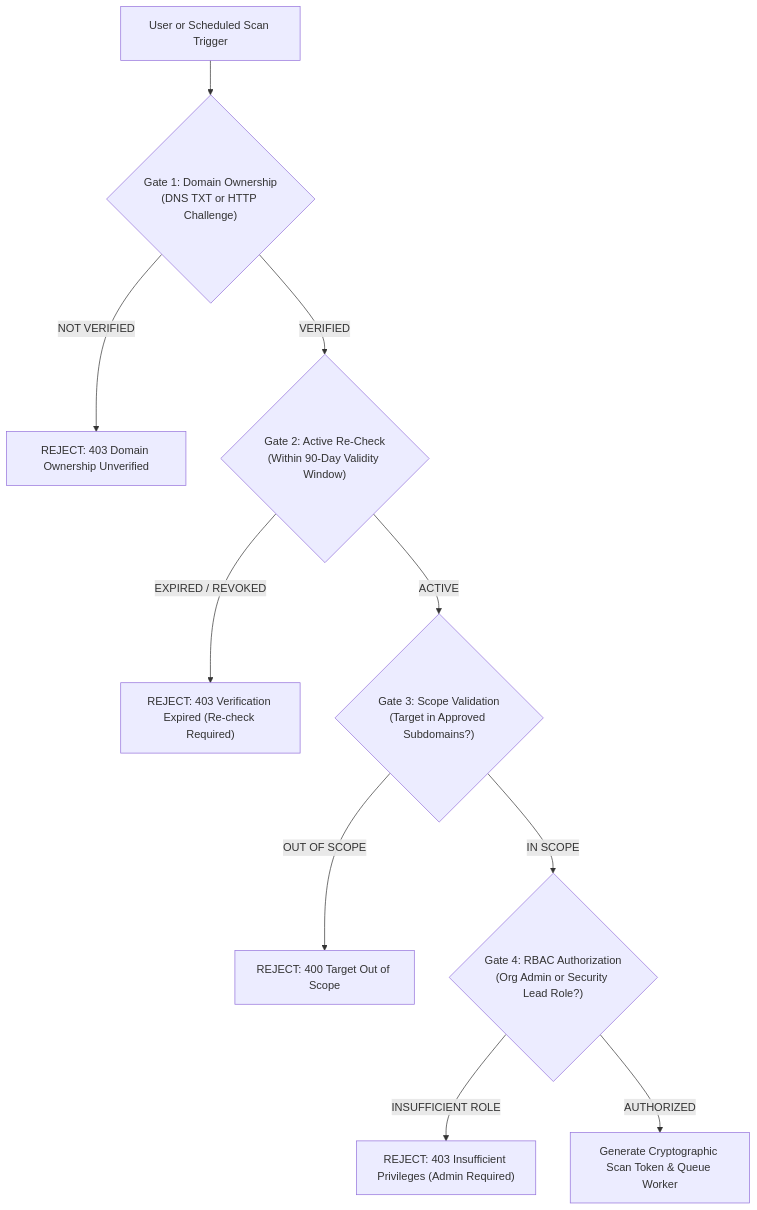
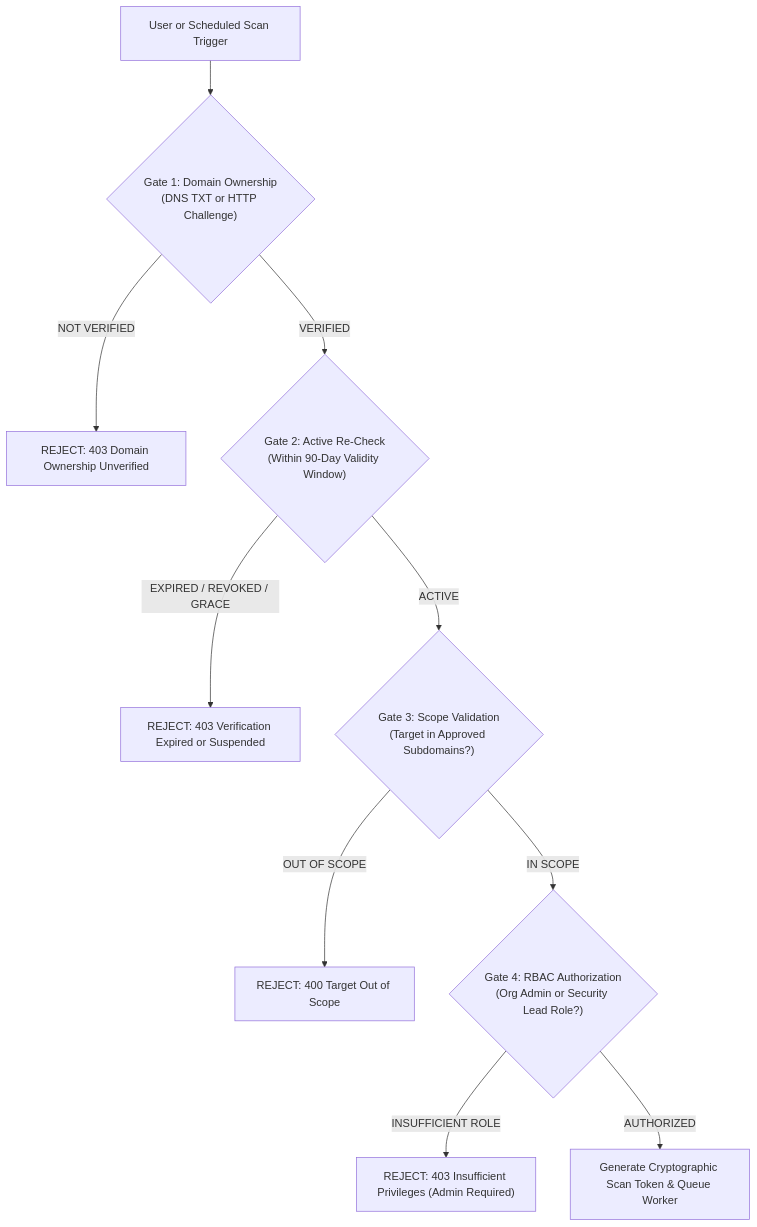
One commit to shaikhakib12/Veltrix changed the first of 3 diagrams in specs/authorized-scanning-policy.md. Above: the diagram before and after it, drawn with Mermaid. The commit also changed other lines of this file and 10 other files, not shown here.

````diff
--- a/specs/authorized-scanning-policy.md
+++ b/specs/authorized-scanning-policy.md
@@ -25,15 +25,15 @@
 ```mermaid
 flowchart TD
     REQ["User or Scheduled Scan Trigger"] --> G1{"Gate 1: Domain Ownership<br/>(DNS TXT or HTTP Challenge)"}
     G1 -->|NOT VERIFIED| REJECT1["REJECT: 403 Domain Ownership Unverified"]
     G1 -->|VERIFIED| G2{"Gate 2: Active Re-Check<br/>(Within 90-Day Validity Window)"}
 
-    G2 -->|EXPIRED / REVOKED| REJECT2["REJECT: 403 Verification Expired (Re-check Required)"]
+    G2 -->|EXPIRED / REVOKED / GRACE| REJECT2["REJECT: 403 Verification Expired or Suspended"]
     G2 -->|ACTIVE| G3{"Gate 3: Scope Validation<br/>(Target in Approved Subdomains?)"}
 
     G3 -->|OUT OF SCOPE| REJECT3["REJECT: 400 Target Out of Scope"]
     G3 -->|IN SCOPE| G4{"Gate 4: RBAC Authorization<br/>(Org Admin or Security Lead Role?)"}
 
     G4 -->|INSUFFICIENT ROLE| REJECT4["REJECT: 403 Insufficient Privileges (Admin Required)"]
     G4 -->|AUTHORIZED| SFN["Generate Cryptographic Scan Token & Queue Worker"]
 ```
````
